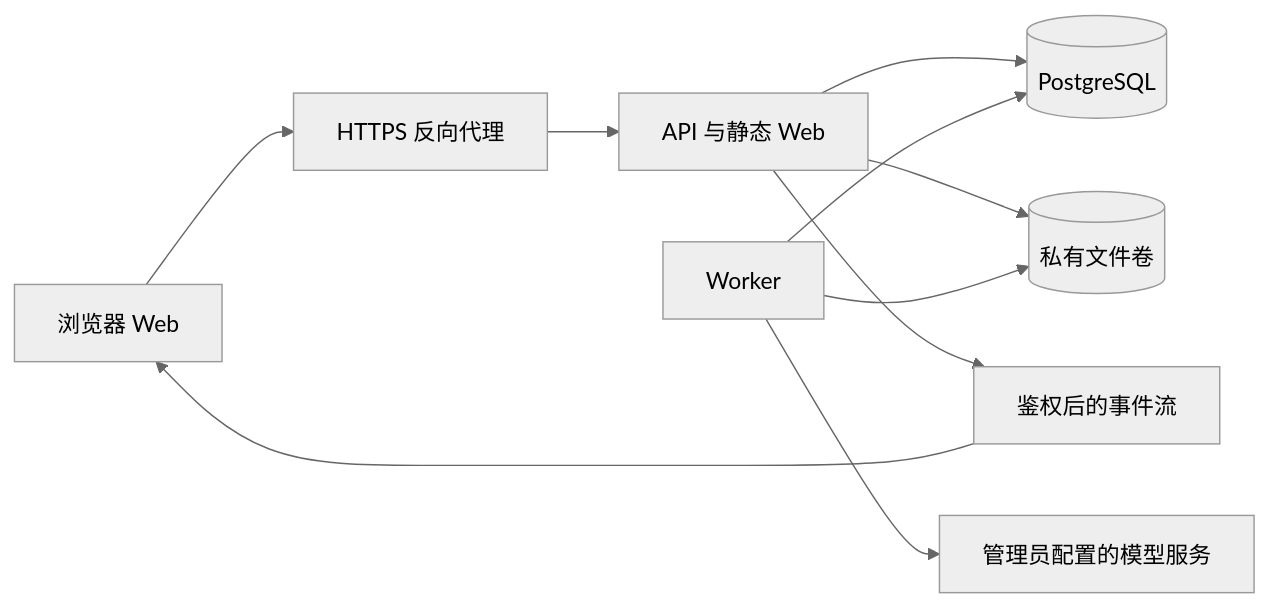
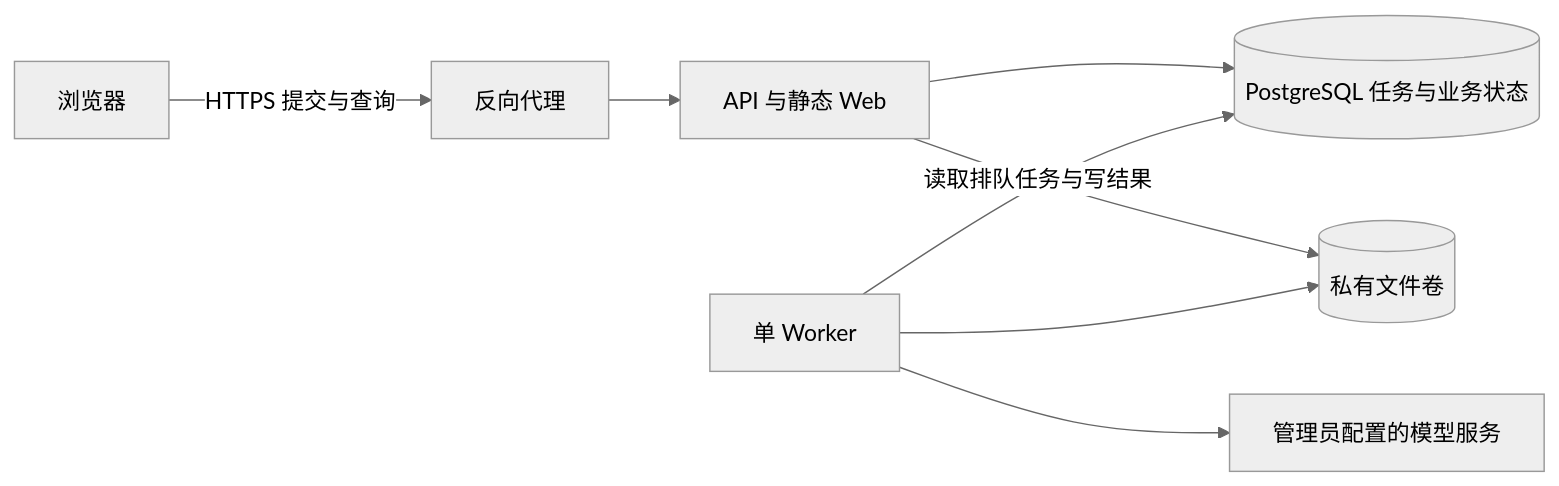
One commit to ximatai/tuyile changed the diagram in docs/architecture.md. Above: the diagram before and after it, drawn with Mermaid (neutral theme). The commit also changed other lines of this file and 3 other files, not shown here.

````diff
--- a/docs/architecture.md
+++ b/docs/architecture.md
@@ -33,12 +32,10 @@
 ```mermaid
 flowchart LR
-  Browser[浏览器 Web] --> Proxy[HTTPS 反向代理]
+  Browser[浏览器] -->|HTTPS 提交与查询| Proxy[反向代理]
   Proxy --> API[API 与静态 Web]
-  API --> DB[(PostgreSQL)]
+  API --> DB[(PostgreSQL 任务与业务状态)]
   API --> Files[(私有文件卷)]
-  Worker[Worker] --> DB
+  Worker[单 Worker] -->|读取排队任务与写结果| DB
   Worker --> Files
   Worker --> Provider[管理员配置的模型服务]
-  API --> Events[鉴权后的事件流]
-  Events --> Browser
 ```
````
